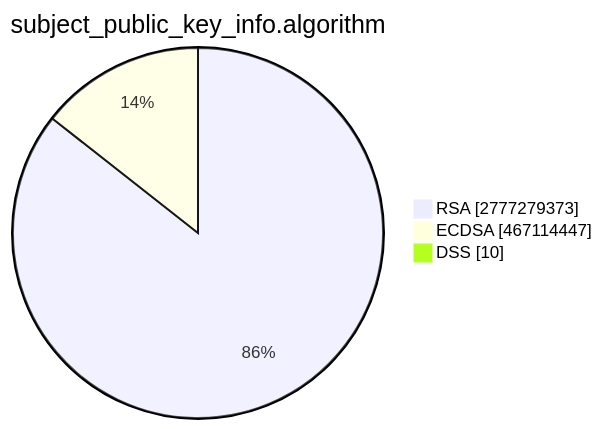
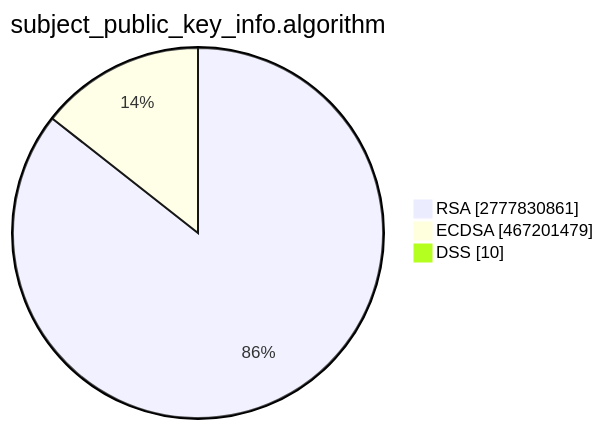
The second of 15 diagrams in TOTAL/README.md (christiankrug/ctmonitor_visualization), drawn with Mermaid before and after one commit. The commit also changed other lines of this file, not shown here.

````diff
--- a/TOTAL/README.md
+++ b/TOTAL/README.md
@@ -6,7 +6,7 @@
 ```mermaid
 pie showData
 title subject_public_key_info.algorithm
-"RSA" :2777279373
-"ECDSA" :467114447
+"RSA" :2777830861
+"ECDSA" :467201479
 "DSS" :10
 ```
````
